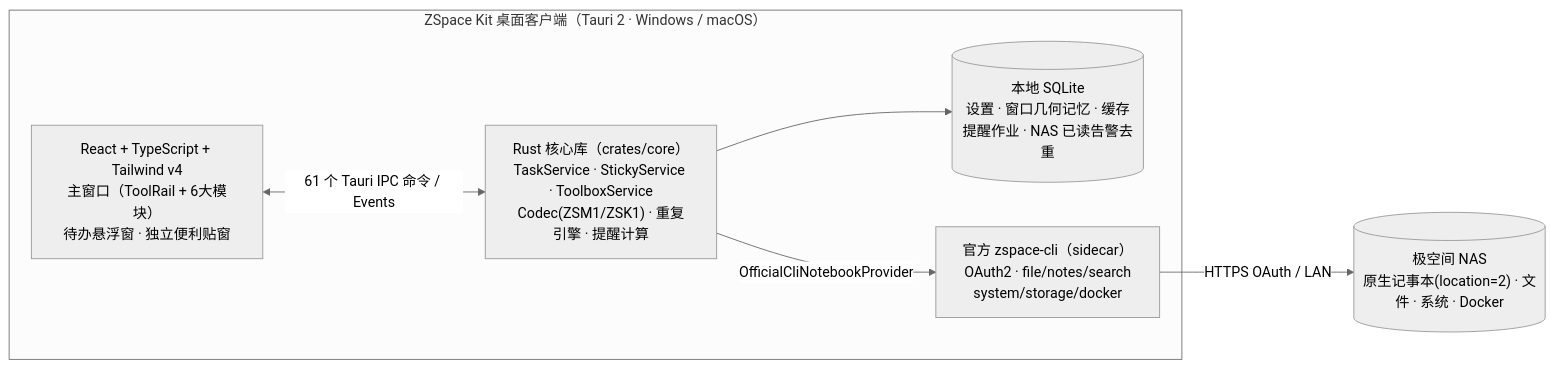
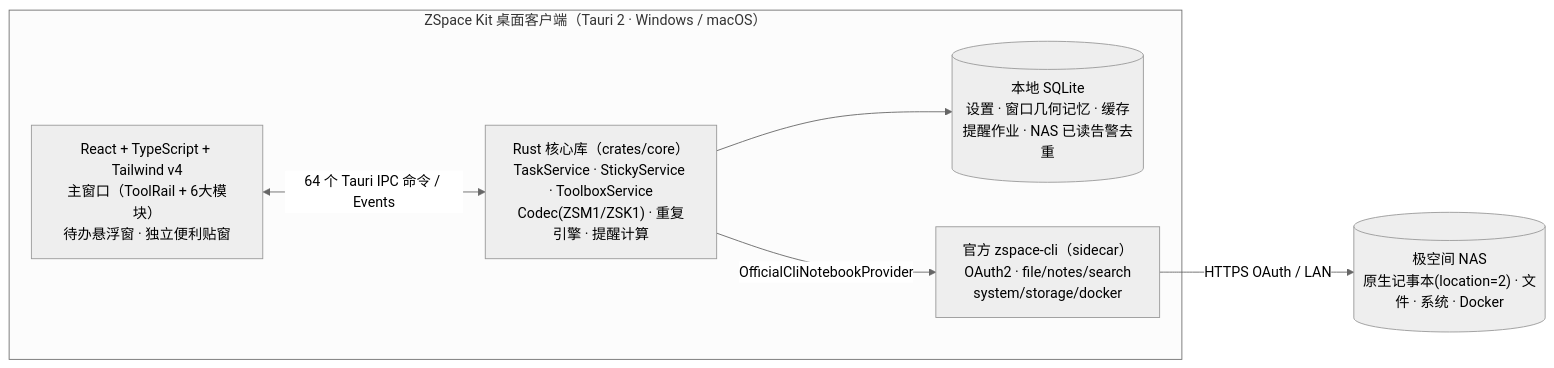
One commit to garyhj/ZSpaceMemo changed the diagram in README.md. Above: the diagram before and after it, drawn with Mermaid (neutral theme). The commit also changed other lines of this file and 17 other files, not shown here.

````diff
--- a/README.md
+++ b/README.md
@@ -49,14 +49,14 @@
 ```mermaid
 flowchart LR
   subgraph App["ZSpace Kit 桌面客户端（Tauri 2 · Windows / macOS）"]
     UI["React + TypeScript + Tailwind v4<br/>主窗口（ToolRail + 6大模块）<br/>待办悬浮窗 · 独立便利贴窗"]
     CORE["Rust 核心库（crates/core）<br/>TaskService · StickyService · ToolboxService<br/>Codec(ZSM1/ZSK1) · 重复引擎 · 提醒计算"]
     DB[("本地 SQLite<br/>设置 · 窗口几何记忆 · 缓存<br/>提醒作业 · NAS 已读告警去重")]
     CLI["官方 zspace-cli（sidecar）<br/>OAuth2 · file/notes/search<br/>system/storage/docker"]
   end
   NAS[("极空间 NAS<br/>原生记事本(location=2) · 文件 · 系统 · Docker")]
 
-  UI <-->|61 个 Tauri IPC 命令 / Events| CORE
+  UI <-->|64 个 Tauri IPC 命令 / Events| CORE
   CORE --> DB
   CORE -->|OfficialCliNotebookProvider| CLI -->|HTTPS OAuth / LAN| NAS
 ```
````
